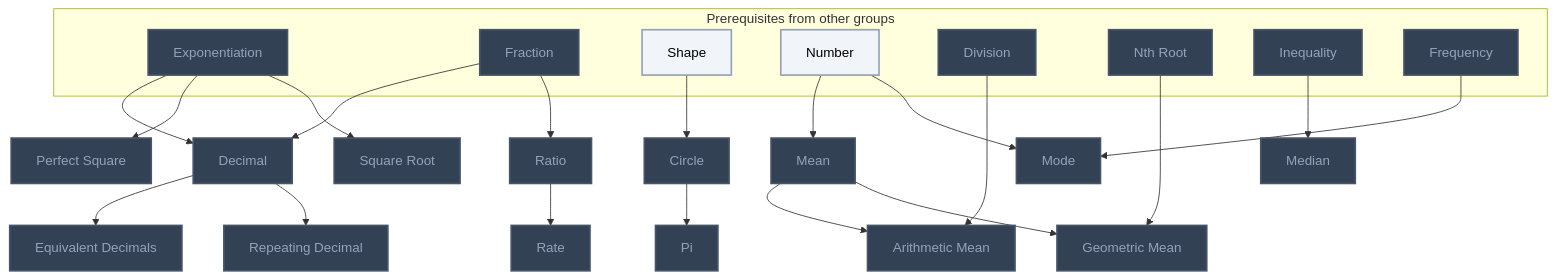
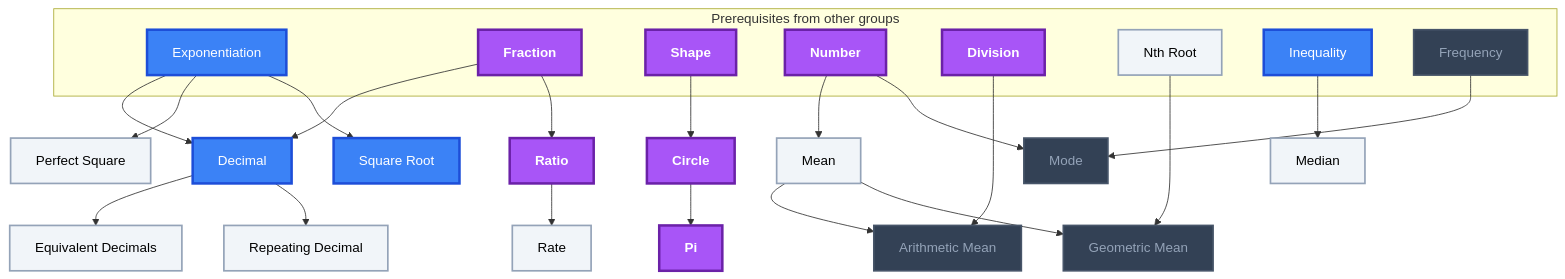
Before and after one commit to MRauf1/My-Notes: the fifth of 10 diagrams in Gamification/Skill Trees/Pre-Algebra.md, drawn with Mermaid. The commit also changed other lines of this file and 156 other files, not shown here.

````diff
--- a/Gamification/Skill Trees/Pre-Algebra.md
+++ b/Gamification/Skill Trees/Pre-Algebra.md
@@ -252,57 +262,59 @@
 ```mermaid
 flowchart TD
     classDef planned fill:#1E293B,stroke:#64748B,stroke-width:2px,stroke-dasharray:5 5,color:#94A3B8;
     classDef locked fill:#334155,stroke:#475569,stroke-width:2px,color:#94A3B8;
     classDef L0 fill:#F1F5F9,stroke:#94A3B8,stroke-width:2px,color:#000000;
     classDef L1 fill:#22C55E,stroke:#15803D,stroke-width:2px,color:#000000;
     classDef L2 fill:#3B82F6,stroke:#1D4ED8,stroke-width:3px,color:#FFFFFF;
     classDef L3 fill:#A855F7,stroke:#6B21A8,stroke-width:3px,color:#FFFFFF,font-weight:bold;
     classDef L4 fill:#F97316,stroke:#C2410C,stroke-width:4px,color:#000000,font-weight:bold;
     classDef L5 fill:#FFD700,stroke:#FF8C00,stroke-width:5px,color:#000000,font-weight:bold;
     classDef rusty stroke:#8B4513,stroke-width:4px,stroke-dasharray:3 3;
     subgraph sg_prereqs["Prerequisites from other groups"]
         n_exponentiation["Exponentiation"]
         n_fraction["Fraction"]
         n_shape["Shape"]
         n_number["Number"]
         n_division["Division"]
         n_nth_root["Nth Root"]
         n_inequality["Inequality"]
         n_frequency["Frequency"]
     end
     n_decimal["Decimal"]
     n_equivalent_decimals["Equivalent Decimals"]
     n_repeating_decimal["Repeating Decimal"]
     n_circle["Circle"]
     n_pi["Pi"]
     n_mean["Mean"]
     n_arithmetic_mean["Arithmetic Mean"]
     n_geometric_mean["Geometric Mean"]
     n_median["Median"]
     n_mode["Mode"]
     n_ratio["Ratio"]
     n_rate["Rate"]
     n_perfect_square["Perfect Square"]
     n_square_root["Square Root"]
     n_exponentiation --> n_decimal
     n_fraction --> n_decimal
     n_decimal --> n_equivalent_decimals
     n_decimal --> n_repeating_decimal
     n_shape --> n_circle
     n_circle --> n_pi
     n_number --> n_mean
     n_division --> n_arithmetic_mean
     n_mean --> n_arithmetic_mean
     n_nth_root --> n_geometric_mean
     n_mean --> n_geometric_mean
     n_inequality --> n_median
     n_number --> n_mode
     n_fraction --> n_ratio
     n_ratio --> n_rate
     n_exponentiation --> n_perfect_square
     n_exponentiation --> n_square_root
     n_frequency --> n_mode
-    class n_exponentiation,n_fraction,n_division,n_nth_root,n_inequality,n_frequency,n_decimal,n_equivalent_decimals,n_repeating_decimal,n_circle,n_pi,n_mean,n_arithmetic_mean,n_geometric_mean,n_median,n_mode,n_ratio,n_rate,n_perfect_square,n_square_root locked;
-    class n_shape,n_number L0;
+    class n_frequency,n_arithmetic_mean,n_geometric_mean,n_mode locked;
+    class n_nth_root,n_equivalent_decimals,n_repeating_decimal,n_mean,n_median,n_rate,n_perfect_square L0;
+    class n_exponentiation,n_inequality,n_decimal,n_square_root L2;
+    class n_fraction,n_shape,n_number,n_division,n_circle,n_pi,n_ratio L3;
     class n_exponentiation,n_fraction,n_shape,n_number,n_division,n_nth_root,n_inequality,n_frequency,n_decimal,n_equivalent_decimals,n_repeating_decimal,n_circle,n_pi,n_mean,n_arithmetic_mean,n_geometric_mean,n_median,n_mode,n_ratio,n_rate,n_perfect_square,n_square_root internal-link;
 ```
````
